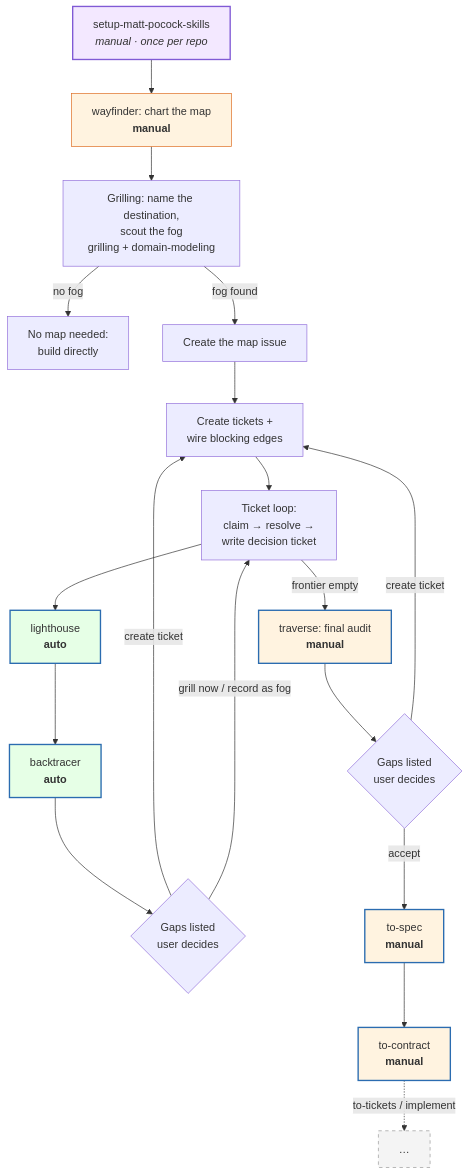
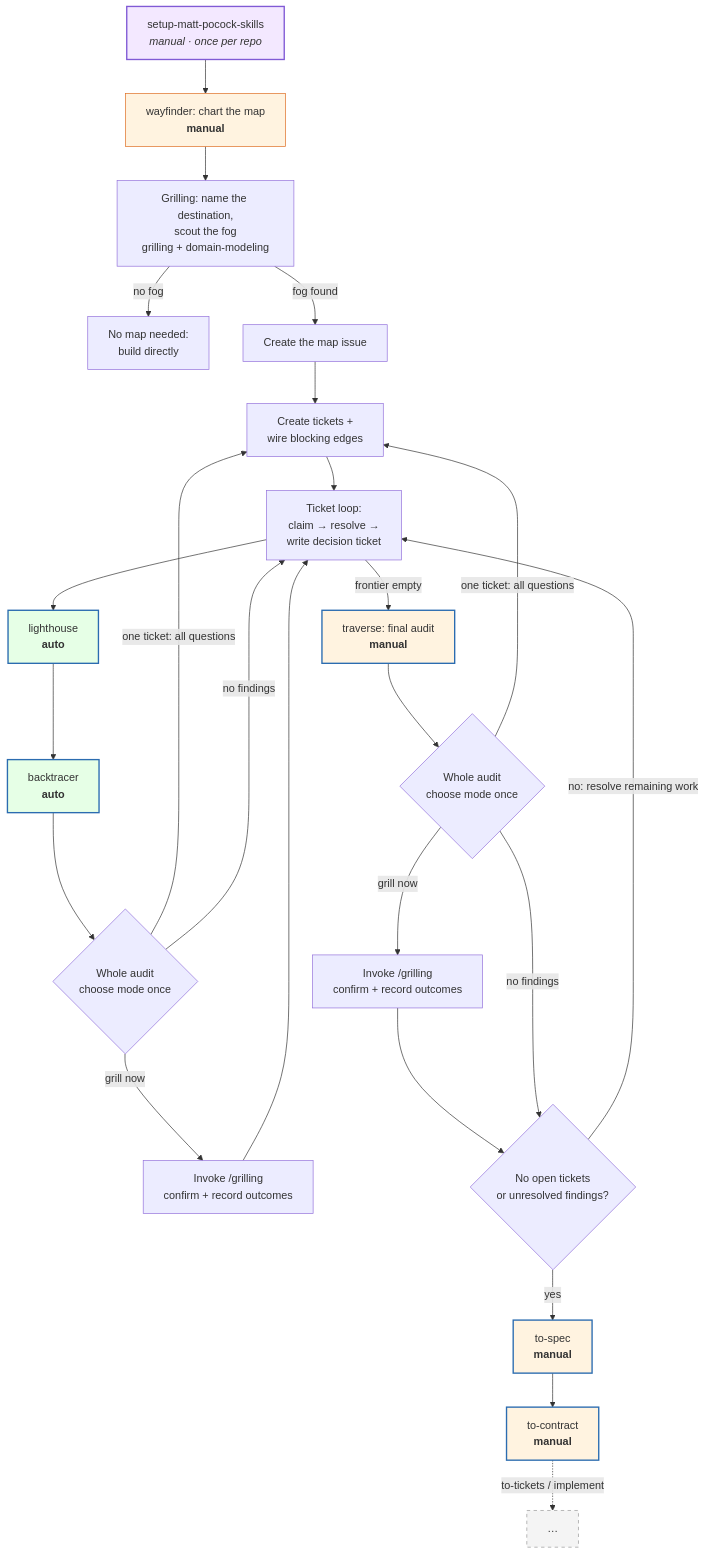
The first of 2 diagrams in README.md (hugosol/oh-my-wayfinder), drawn with Mermaid before and after one commit. The commit also changed other lines of this file and 6 other files, not shown here.

````diff
--- a/README.md
+++ b/README.md
@@ -61,29 +61,35 @@
 ```mermaid
 flowchart TD
     S["setup-matt-pocock-skills<br/><i>manual · once per repo</i>"] --> W["wayfinder: chart the map<br/><b>manual</b>"]
     W --> G["Grilling: name the destination,<br/>scout the fog<br/>grilling + domain-modeling"]
     G -->|"no fog"| N["No map needed:<br/>build directly"]
     G -->|"fog found"| M["Create the map issue"]
     M --> T["Create tickets +<br/>wire blocking edges"]
     T --> L["Ticket loop:<br/>claim → resolve →<br/>write decision ticket"]
     L --> LH["lighthouse<br/><b>auto</b>"]
     LH --> BT["backtracer<br/><b>auto</b>"]
-    BT --> CG{"Gaps listed<br/>user decides"}
-    CG -->|"create ticket"| T
-    CG -->|"grill now / record as fog"| L
+    BT --> CG{"Whole audit<br/>choose mode once"}
+    CG -->|"one ticket: all questions"| T
+    CG -->|"grill now"| BG["Invoke /grilling<br/>confirm + record outcomes"]
+    BG --> L
+    CG -->|"no findings"| L
     L -->|"frontier empty"| TR["traverse: final audit<br/><b>manual</b>"]
-    TR --> CG2{"Gaps listed<br/>user decides"}
-    CG2 -->|"create ticket"| T
-    CG2 -->|"accept"| TS["to-spec<br/><b>manual</b>"]
+    TR --> CG2{"Whole audit<br/>choose mode once"}
+    CG2 -->|"one ticket: all questions"| T
+    CG2 -->|"grill now"| TG["Invoke /grilling<br/>confirm + record outcomes"]
+    TG --> R{"No open tickets<br/>or unresolved findings?"}
+    R -->|"yes"| TS["to-spec<br/><b>manual</b>"]
+    R -->|"no: resolve remaining work"| L
+    CG2 -->|"no findings"| R
     TS --> TC["to-contract<br/><b>manual</b>"]
     TC -.->|"to-tickets / implement"| X["…"]
 
     style LH fill:#e6ffe6,stroke:#2b6cb0,stroke-width:2px
     style BT fill:#e6ffe6,stroke:#2b6cb0,stroke-width:2px
     style TR fill:#fff3e0,stroke:#2b6cb0,stroke-width:2px
     style W fill:#fff3e0,stroke:#dd6b20
     style S fill:#f3e8ff,stroke:#805ad5,stroke-width:2px
     style TS fill:#fff3e0,stroke:#2b6cb0,stroke-width:2px
     style TC fill:#fff3e0,stroke:#2b6cb0,stroke-width:2px
     style X fill:#f4f4f4,stroke:#999,stroke-dasharray:5 5
 ```
````
